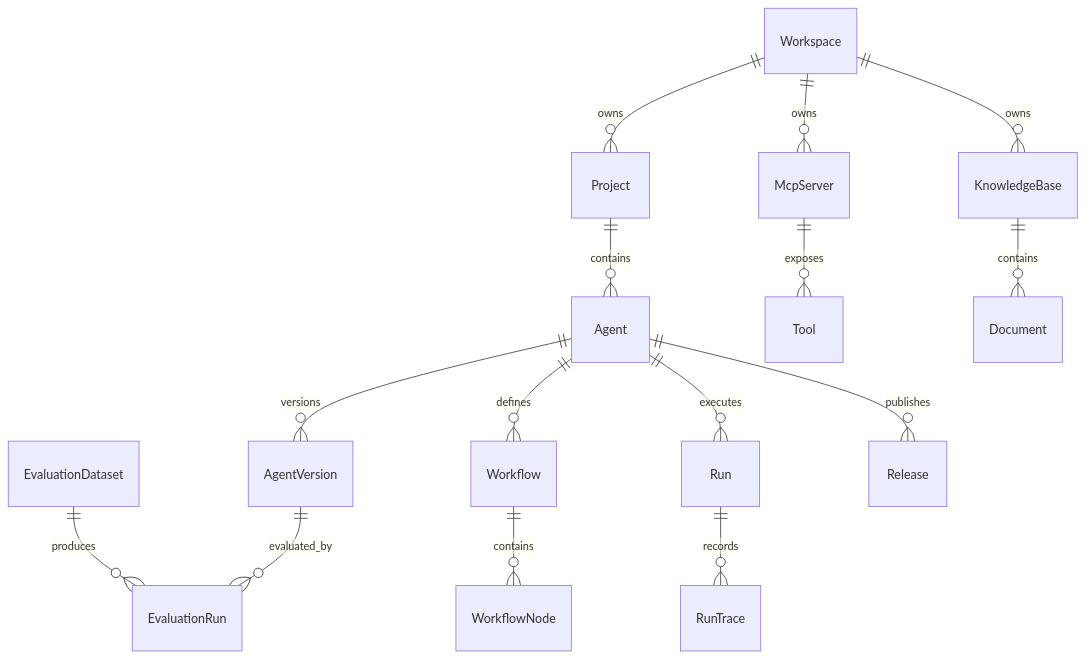
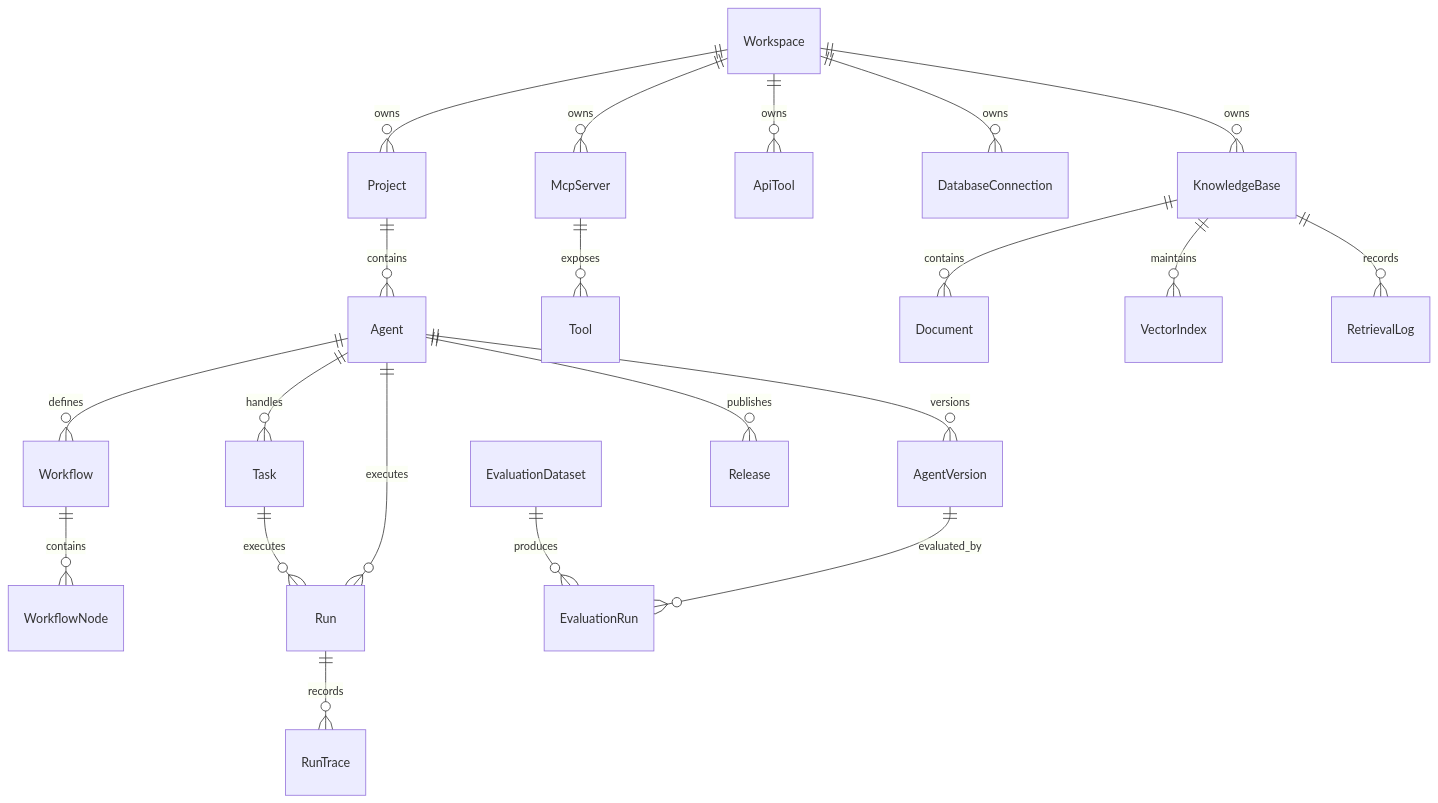
One commit to Cherryhua69/ai-agent-platform changed the diagram in docs/architecture/domain-model.md. Above: the diagram before and after it, drawn with Mermaid. The commit also changed other lines of this file and 5 other files, not shown here.

````diff
--- a/docs/architecture/domain-model.md
+++ b/docs/architecture/domain-model.md
@@ -286,17 +445,23 @@
 ```mermaid
 erDiagram
   Workspace ||--o{ Project : owns
   Workspace ||--o{ McpServer : owns
+  Workspace ||--o{ ApiTool : owns
+  Workspace ||--o{ DatabaseConnection : owns
   Workspace ||--o{ KnowledgeBase : owns
   Project ||--o{ Agent : contains
   Agent ||--o{ AgentVersion : versions
   Agent ||--o{ Workflow : defines
+  Agent ||--o{ Task : handles
   Workflow ||--o{ WorkflowNode : contains
   McpServer ||--o{ Tool : exposes
   KnowledgeBase ||--o{ Document : contains
+  KnowledgeBase ||--o{ VectorIndex : maintains
+  KnowledgeBase ||--o{ RetrievalLog : records
+  Task ||--o{ Run : executes
   Agent ||--o{ Run : executes
   Run ||--o{ RunTrace : records
   EvaluationDataset ||--o{ EvaluationRun : produces
   AgentVersion ||--o{ EvaluationRun : evaluated_by
   Agent ||--o{ Release : publishes
 ```
````
